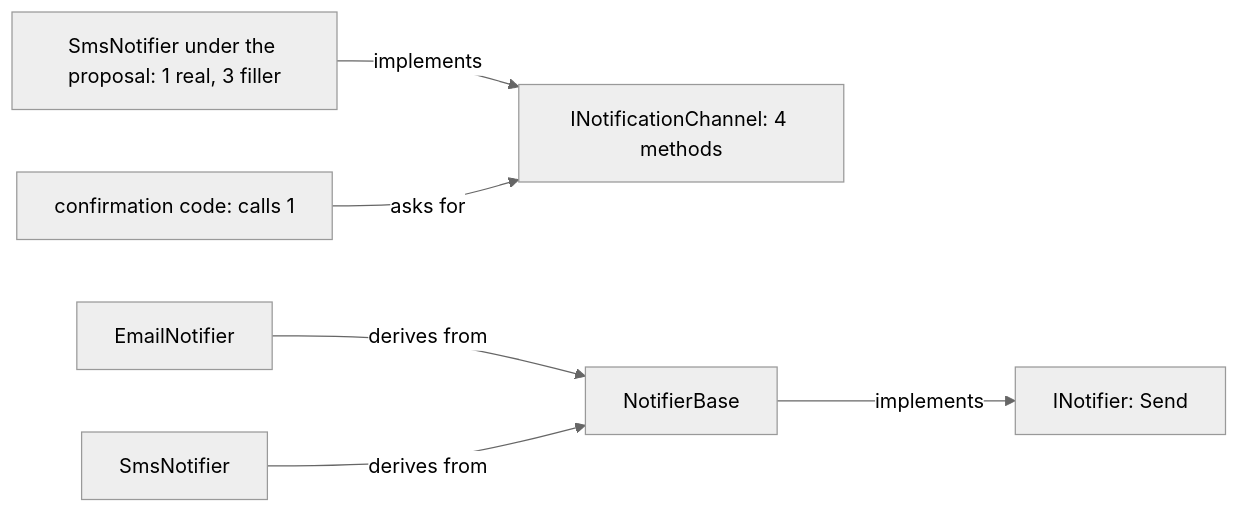
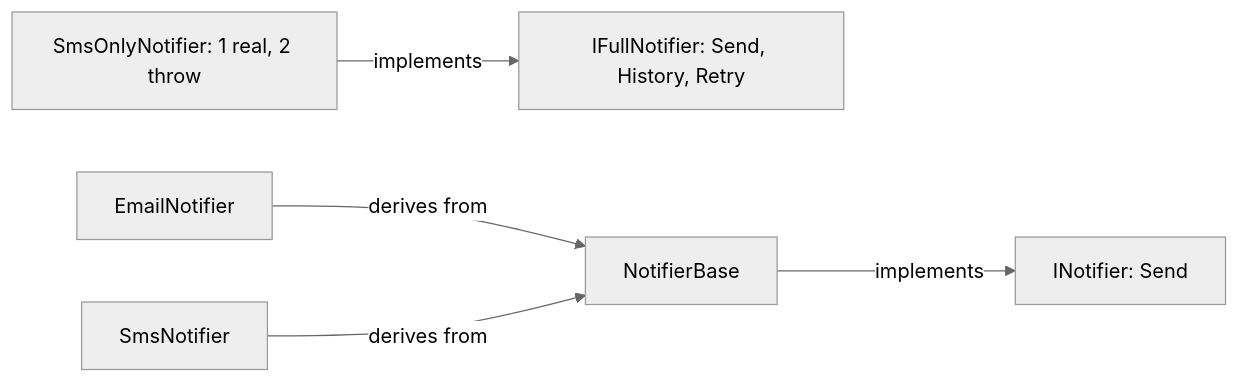
Before and after one commit to duyan11110/lo-trinh-architect: the diagram in content/tracks/design/solid/design.l1.solid-isp.en.md, drawn with Mermaid (neutral theme). The commit also changed other lines of this file and 4 other files, not shown here.

````diff
--- a/content/tracks/design/solid/design.l1.solid-isp.en.md
+++ b/content/tracks/design/solid/design.l1.solid-isp.en.md
@@ -39,8 +39,7 @@
 ```mermaid
 flowchart LR
-  S[SmsNotifier under the proposal: 1 real, 3 filler] -->|implements| F[INotificationChannel: 4 methods]
-  C[confirmation code: calls 1] -->|asks for| F
+  S[SmsOnlyNotifier: 1 real, 2 throw] -->|implements| F[IFullNotifier: Send, History, Retry]
   B[NotifierBase] -->|implements| I[INotifier: Send]
   E[EmailNotifier] -->|derives from| B
   M[SmsNotifier] -->|derives from| B
 ```
````
